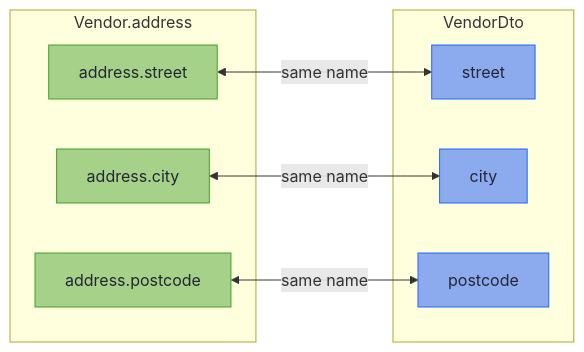
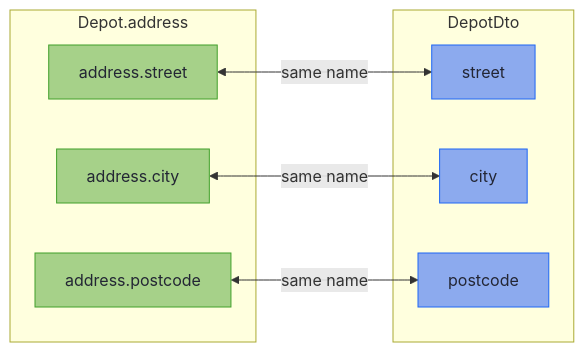
The second of 3 diagrams in hkj-book/src/mapping/structure.md (higher-kinded-j/higher-kinded-j), drawn with Mermaid before and after one commit. The commit also changed other lines of this file and 3 other files, not shown here.

````diff
--- a/hkj-book/src/mapping/structure.md
+++ b/hkj-book/src/mapping/structure.md
@@ -218,23 +218,23 @@
 ```mermaid
 flowchart LR
     accTitle: A flattened address
-    accDescr: Each member of the domain's Address record, address.street, address.city and address.postcode, pairs by name with the flat VendorDto field of the same name.
-    subgraph D["Vendor.address"]
+    accDescr: Each member of the domain's Address record, address.street, address.city and address.postcode, pairs by name with the flat DepotDto field of the same name.
+    subgraph D["Depot.address"]
         AS["address.street"]
         AC["address.city"]
         AP["address.postcode"]
     end
-    subgraph W["VendorDto"]
+    subgraph W["DepotDto"]
         S["street"]
         C["city"]
         P["postcode"]
     end
     AS <-->|same name| S
     AC <-->|same name| C
     AP <-->|same name| P
 
     classDef domain fill:#a6d189,stroke:#40a02b,color:#232634
     classDef wire fill:#8caaee,stroke:#1e66f5,color:#232634
     class AS,AC,AP domain
     class S,C,P wire
 ```
````
